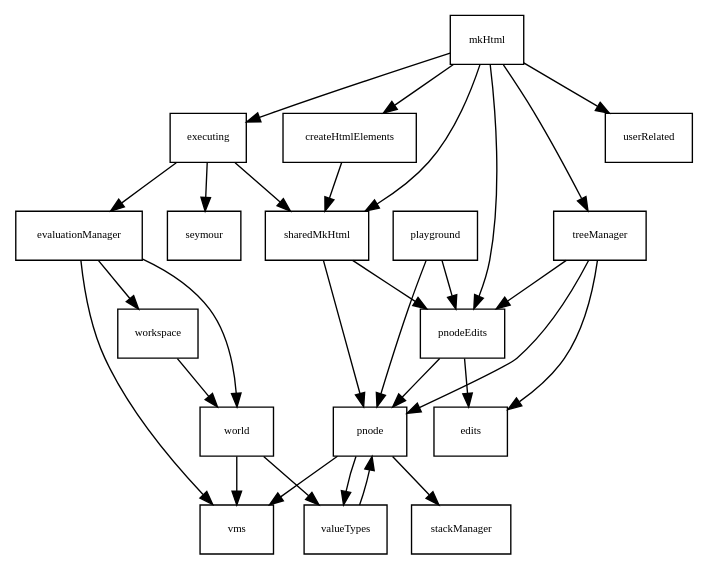
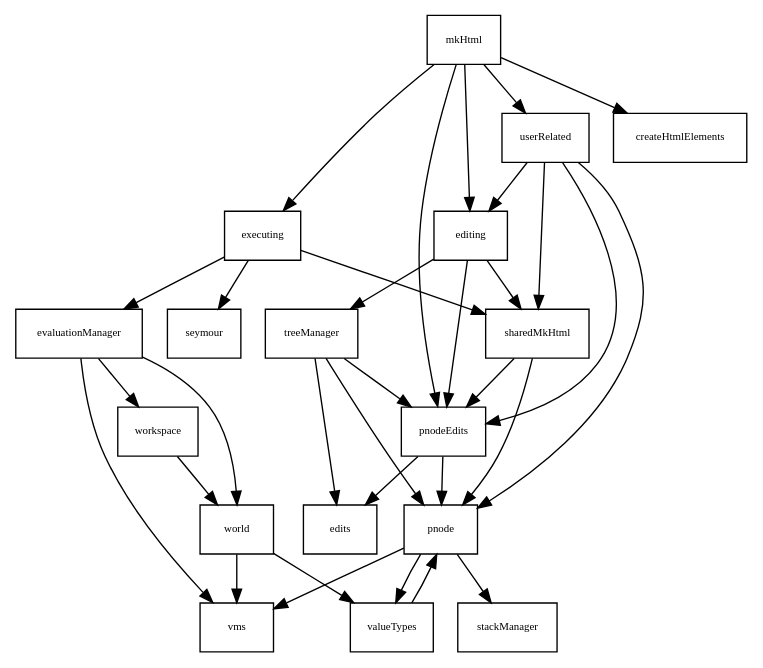
One commit to theodore-norvell/PLAAY changed the diagram in typescriptSrc/dependence-js.gv. Above: the diagram before and after it, drawn with Graphviz. The commit also changed 12 other files, not shown here.

```diff
--- a/typescriptSrc/dependence-js.gv
+++ b/typescriptSrc/dependence-js.gv
@@ -1,68 +1,69 @@
 digraph Depends {
 
    gsize="8,6"; ratio=fill;
    node[fontsize=8, shape=rectangle];
 
-   createHtmlElements -> sharedMkHtml ;
-
    //edits -> assert ;
    //edits -> collections ;
+   
+   editing -> sharedMkHtml ;
+   editing -> pnodeEdits ;
+   editing -> treeManager ;
 
    evaluationManager -> vms ;
    evaluationManager -> workspace ;
    evaluationManager -> world ;
 
    executing -> sharedMkHtml ;
    executing -> evaluationManager ;
    executing -> seymour ;
 
    //mkHtml -> assert ;
    //mkHtml -> collections ;
 
    mkHtml -> createHtmlElements ;
+   mkHtml -> editing ;
    mkHtml -> executing ;
    mkHtml -> pnodeEdits ;
-   mkHtml -> sharedMkHtml ;
-   mkHtml -> treeManager ;
    mkHtml -> userRelated ;
-
-   //playground -> collections ;
-   playground -> pnode ;
-   playground -> pnodeEdits ;
 
    //pnode -> assert ;
    //pnode -> collections ;
    pnode -> stackManager ;
    pnode -> valueTypes ;
    pnode -> vms ;
 
    //pnodeEdits -> assert ;
    //pnodeEdits -> collections ;
    pnodeEdits -> edits ;
    pnodeEdits -> pnode ;
 
    sharedMkHtml -> pnode ;
    sharedMkHtml -> pnodeEdits ;
 
    //treeManager -> asssert ;
    //treeManager -> collections ;
    treeManager -> edits ;
    treeManager -> pnode ;
    treeManager -> pnodeEdits ;
 
+   userRelated -> editing ;
+   userRelated -> pnodeEdits ;
+   userRelated -> pnode ;
+   userRelated -> sharedMkHtml ;
    //turtleTest -> seymour ;
 
    //valueTypes -> assert ;
    //valueTypes -> collections ;
    valueTypes -> pnode ;
 
    //vms -> assert ;
    //vms -> collections ;
 
    workspace -> world ;
 
    //world -> assert ;
    //world -> collections ;
    world -> valueTypes ;
    world -> vms ;
 }
```
